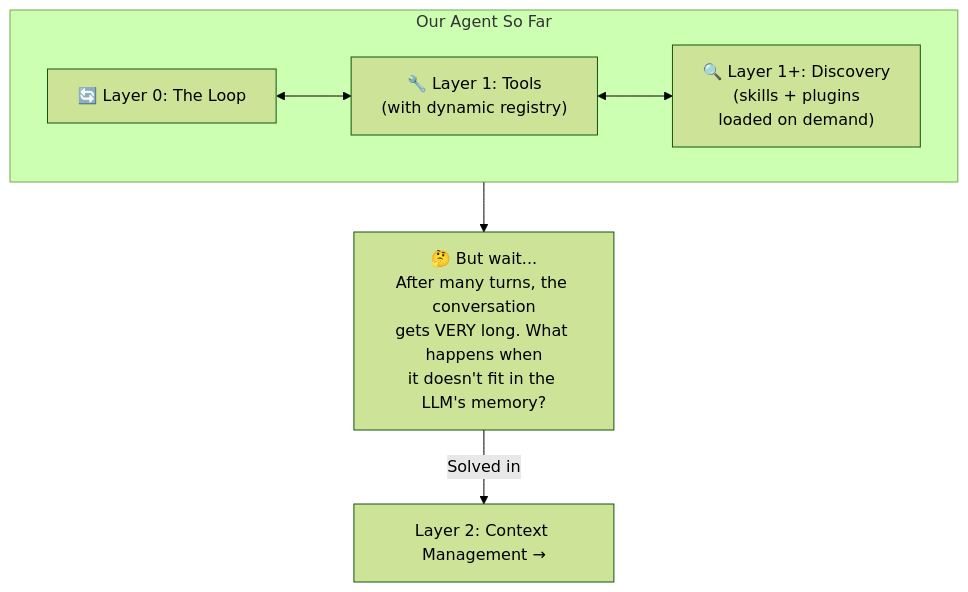
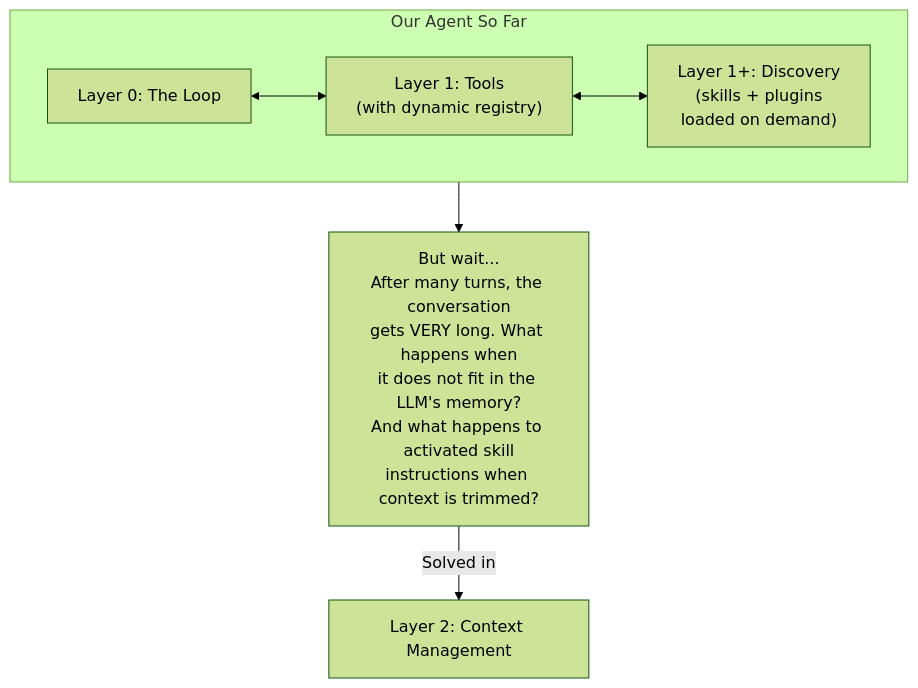
One commit to 2kages/agent-learning changed diagram 11 of 11 in progressive-discovery.md. Above: the diagram before and after it, drawn with Mermaid (forest theme). The commit also changed other lines of this file and 2 other files, not shown here.

````diff
--- a/progressive-discovery.md
+++ b/progressive-discovery.md
@@ -293,17 +462,16 @@
 ```mermaid
 flowchart TD
     subgraph AGENT ["Our Agent So Far"]
-        LOOP["🔄 Layer 0: The Loop"]
-        TOOLS["🔧 Layer 1: Tools<br/>(with dynamic registry)"]
-        DISC["🔍 Layer 1+: Discovery<br/>(skills + plugins<br/>loaded on demand)"]
+        LOOP["Layer 0: The Loop"]
+        TOOLS["Layer 1: Tools<br/>(with dynamic registry)"]
+        DISC["Layer 1+: Discovery<br/>(skills + plugins<br/>loaded on demand)"]
 
         LOOP <--> TOOLS
         TOOLS <--> DISC
     end
 
-    PROBLEM["🤔 But wait...<br/>After many turns, the conversation<br/>gets VERY long. What happens when<br/>it doesn't fit in the LLM's memory?"]
+    PROBLEM["But wait...<br/>After many turns, the conversation<br/>gets VERY long. What happens when<br/>it does not fit in the LLM's memory?<br/>And what happens to activated skill<br/>instructions when context is trimmed?"]
 
     AGENT --> PROBLEM
-    PROBLEM -->|"Solved in"| NEXT["Layer 2: Context Management →"]
-
+    PROBLEM -->|"Solved in"| NEXT["Layer 2: Context Management"]
 ```
````
